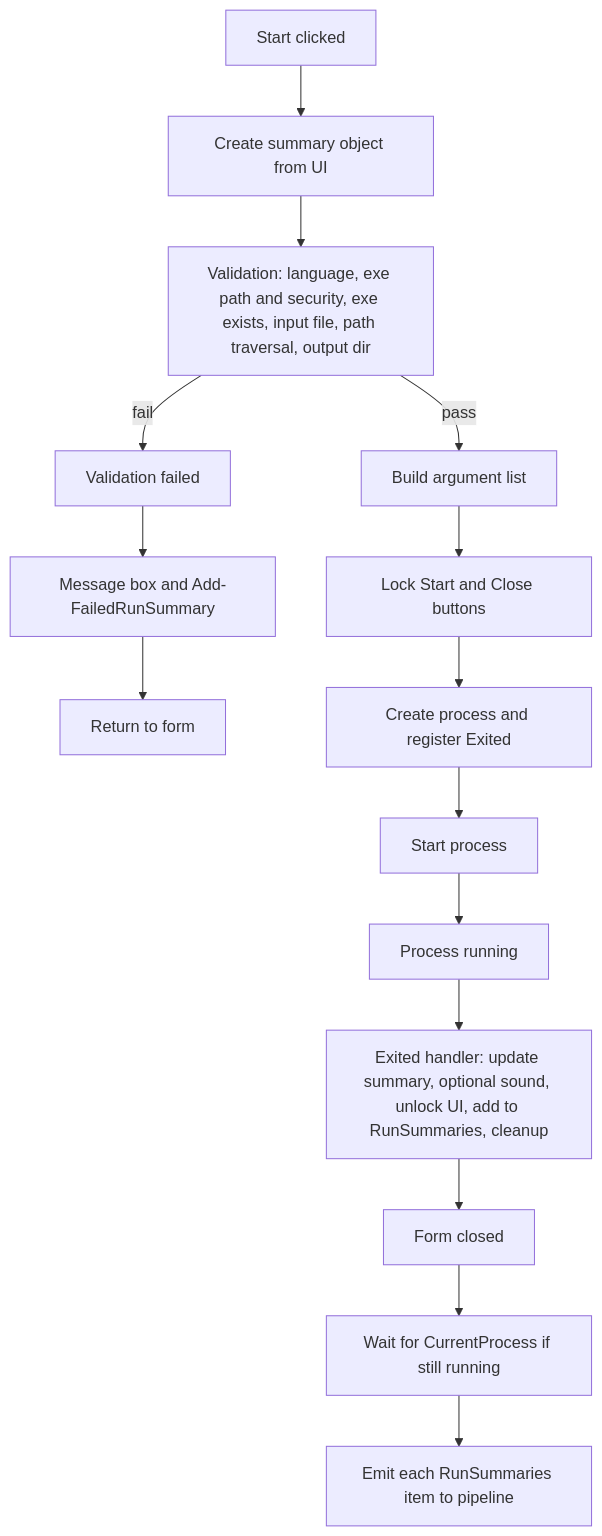
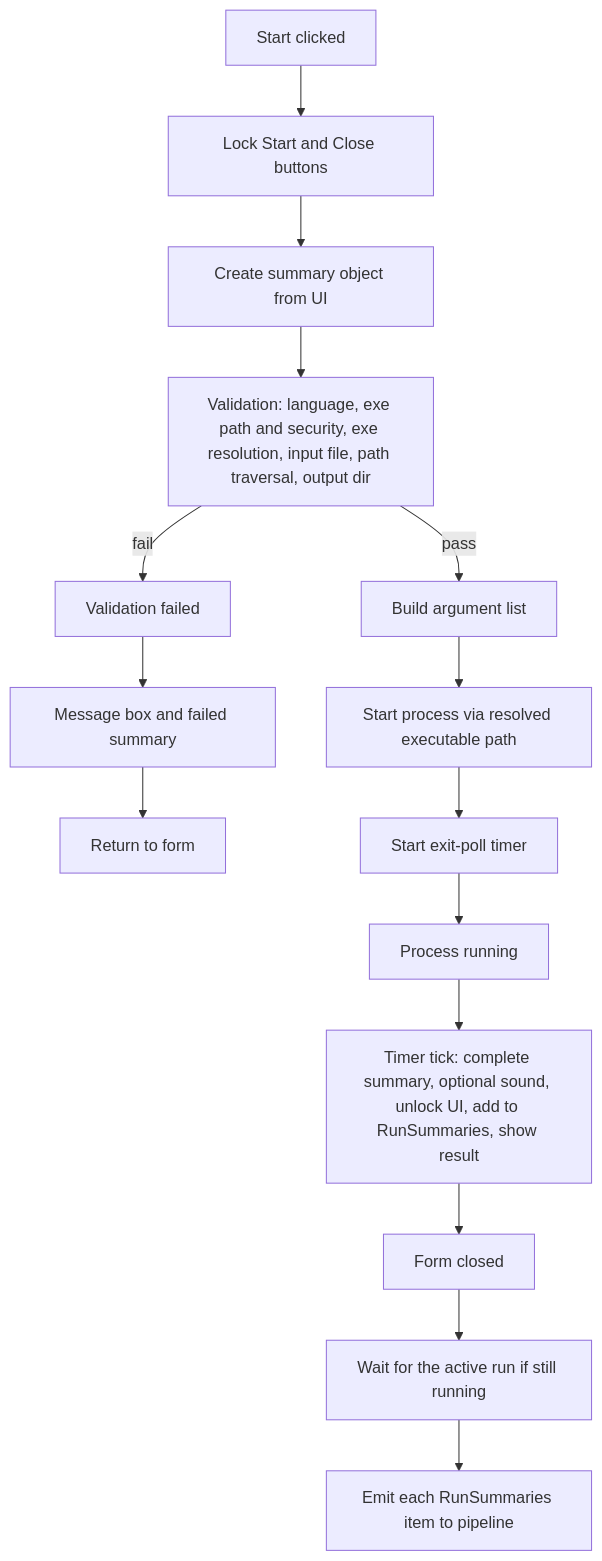
Before and after one commit to sebastianspicker/faster-whisper-standalone-GUI: the second of 2 diagrams in README.md, drawn with Mermaid. The commit also changed other lines of this file and 5 other files, not shown here.

First line of the commit message:
Fix review findings and harden config and language validation

````diff
--- a/README.md
+++ b/README.md
@@ -91,32 +93,32 @@
 ```mermaid
 flowchart TB
   StartClick[Start clicked]
   CreateSummary[Create summary object from UI]
-  Validation[Validation: language, exe path and security, exe exists, input file, path traversal, output dir]
+  Validation[Validation: language, exe path and security, exe resolution, input file, path traversal, output dir]
   ValidationFail[Validation failed]
-  MsgBox[Message box and Add-FailedRunSummary]
+  MsgBox[Message box and failed summary]
   Return[Return to form]
   BuildArgs[Build argument list]
   LockUI[Lock Start and Close buttons]
-  CreateProcess[Create process and register Exited]
-  StartProc[Start process]
+  CreateProcess[Start process via resolved executable path]
+  StartProc[Start exit-poll timer]
   ProcRunning[Process running]
-  OnExit["Exited handler: update summary, optional sound, unlock UI, add to RunSummaries, cleanup"]
+  OnExit["Timer tick: complete summary, optional sound, unlock UI, add to RunSummaries, show result"]
   FormClosed[Form closed]
-  WaitForProc[Wait for CurrentProcess if still running]
+  WaitForProc[Wait for the active run if still running]
   EmitToPipeline[Emit each RunSummaries item to pipeline]
-  StartClick --> CreateSummary
+  StartClick --> LockUI
+  LockUI --> CreateSummary
   CreateSummary --> Validation
   Validation -->|fail| ValidationFail
   ValidationFail --> MsgBox
   MsgBox --> Return
   Validation -->|pass| BuildArgs
-  BuildArgs --> LockUI
-  LockUI --> CreateProcess
+  BuildArgs --> CreateProcess
   CreateProcess --> StartProc
   StartProc --> ProcRunning
   ProcRunning --> OnExit
   OnExit --> FormClosed
   FormClosed --> WaitForProc
   WaitForProc --> EmitToPipeline
 ```
````
